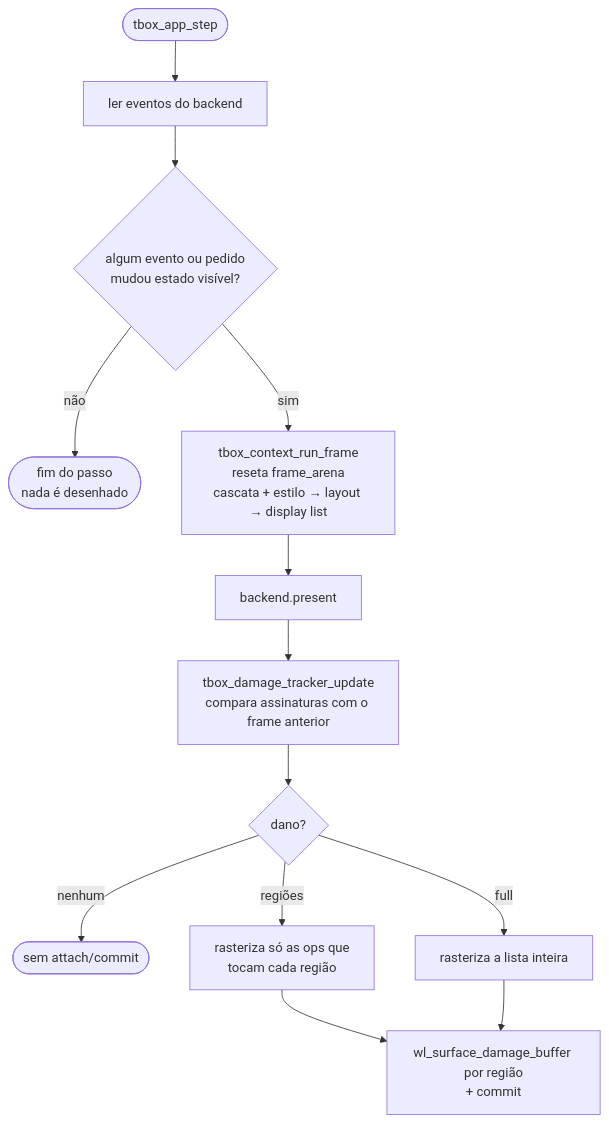
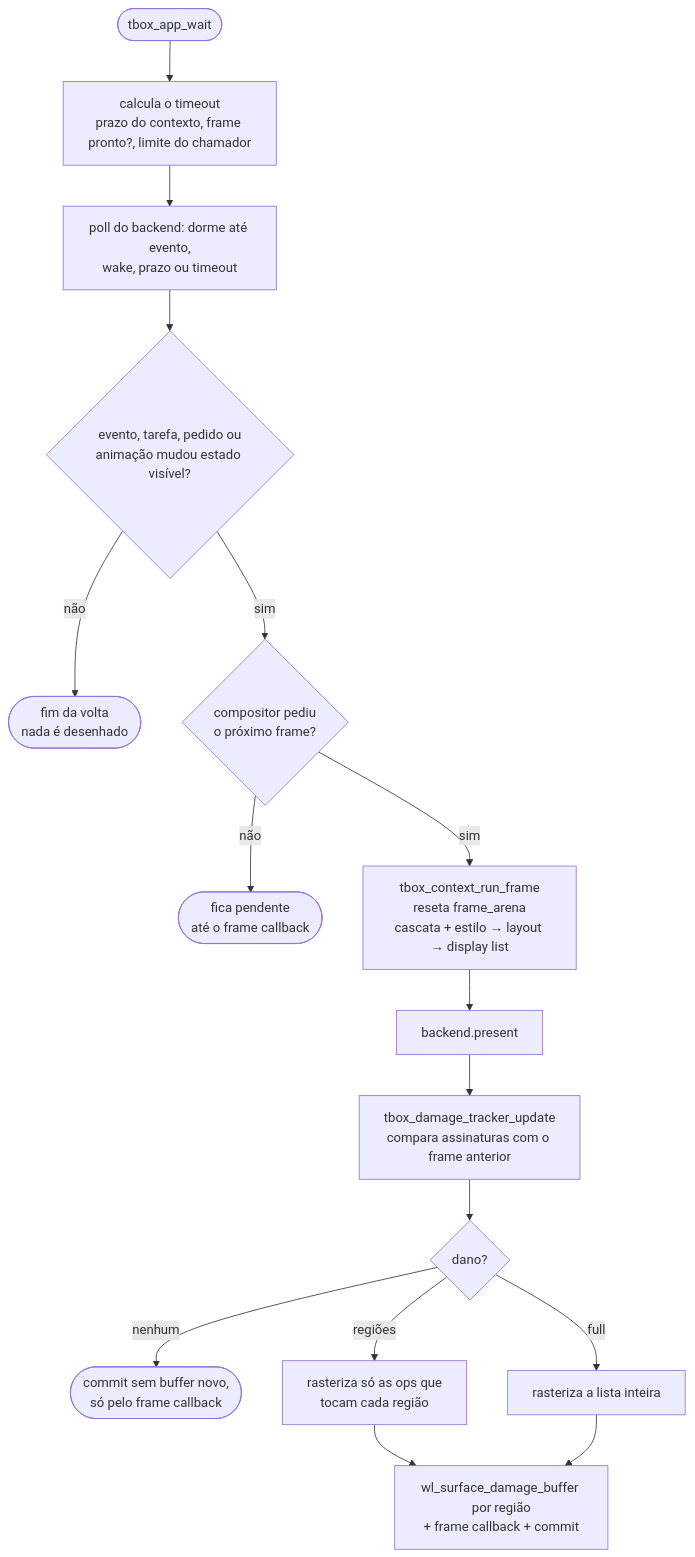
Before and after one commit to welldias/tbox-lib: the diagram in docs/05-atualizacao-da-tela.md, drawn with Mermaid. The commit also changed other lines of this file and 62 other files, not shown here.

Commit message:
sleeping app loop, double-buffered wayland output and tbox_app_post

````diff
--- a/docs/05-atualizacao-da-tela.md
+++ b/docs/05-atualizacao-da-tela.md
@@ -18,15 +21,18 @@
 ```mermaid
 flowchart TD
-    S([tbox_app_step]) --> P[ler eventos do backend]
-    P --> E{algum evento ou pedido<br/>mudou estado visível?}
-    E -- não --> Z([fim do passo<br/>nada é desenhado])
-    E -- sim --> RF[tbox_context_run_frame<br/>reseta frame_arena<br/>cascata + estilo → layout → display list]
+    S([tbox_app_wait]) --> T[calcula o timeout<br/>prazo do contexto, frame pronto?, limite do chamador]
+    T --> P[poll do backend: dorme até evento,<br/>wake, prazo ou timeout]
+    P --> E{evento, tarefa, pedido ou<br/>animação mudou estado visível?}
+    E -- não --> Z([fim da volta<br/>nada é desenhado])
+    E -- sim --> FR{compositor pediu<br/>o próximo frame?}
+    FR -- não --> W([fica pendente<br/>até o frame callback])
+    FR -- sim --> RF[tbox_context_run_frame<br/>reseta frame_arena<br/>cascata + estilo → layout → display list]
     RF --> PR[backend.present]
     PR --> DT[tbox_damage_tracker_update<br/>compara assinaturas com o frame anterior]
     DT --> Q{dano?}
-    Q -- nenhum --> N([sem attach/commit])
+    Q -- nenhum --> N([commit sem buffer novo,<br/>só pelo frame callback])
     Q -- regiões --> R[rasteriza só as ops que<br/>tocam cada região]
     Q -- full --> F[rasteriza a lista inteira]
-    R --> C[wl_surface_damage_buffer por região<br/>+ commit]
+    R --> C[wl_surface_damage_buffer por região<br/>+ frame callback + commit]
     F --> C
 ```
````
